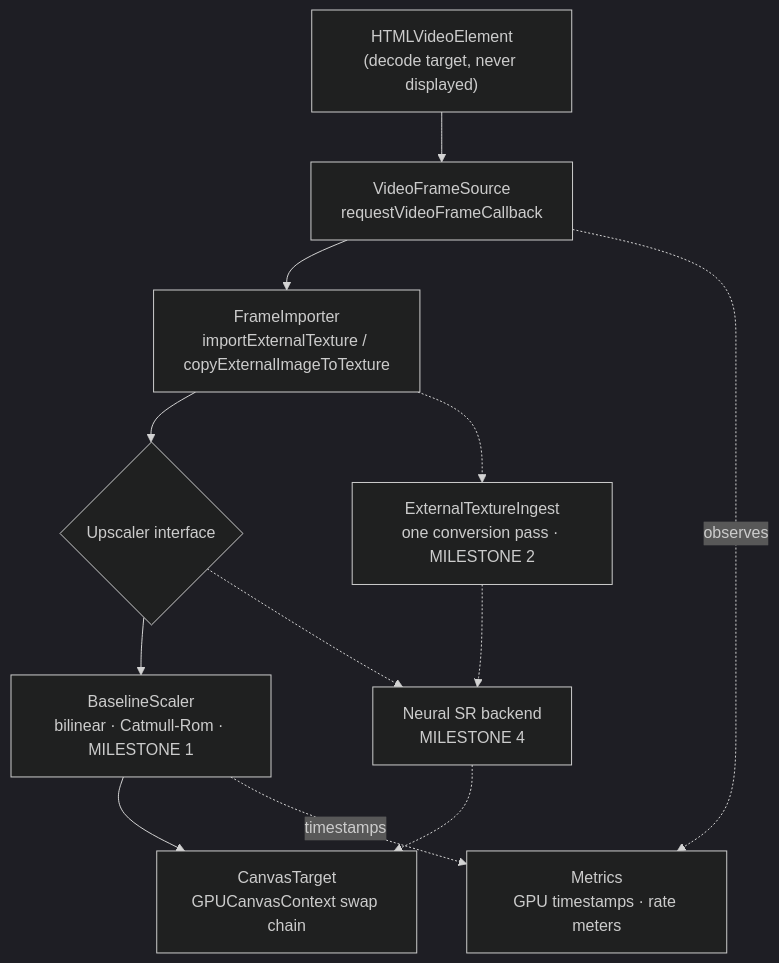
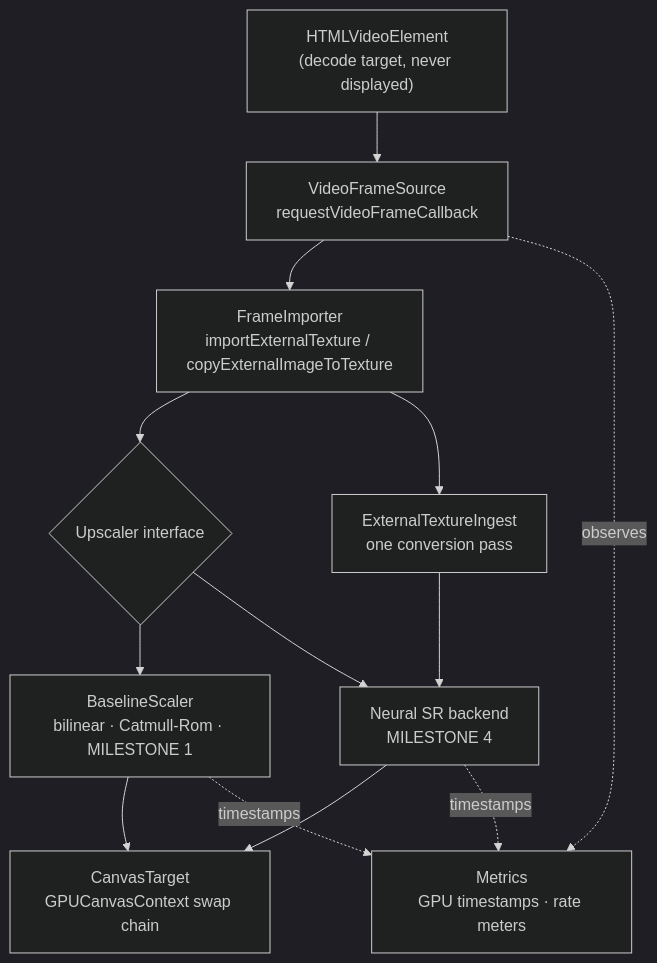
The diagram in ARCHITECTURE.md (yassinsolim/AetherVSR), drawn with Mermaid (dark theme) before and after one commit. The commit also changed other lines of this file and 6 other files, not shown here.

````diff
--- a/ARCHITECTURE.md
+++ b/ARCHITECTURE.md
@@ -31,23 +32,24 @@
 ```mermaid
 flowchart TD
     V["HTMLVideoElement<br/>(decode target, never displayed)"]
     S["VideoFrameSource<br/>requestVideoFrameCallback"]
     I["FrameImporter<br/>importExternalTexture / copyExternalImageToTexture"]
     U{"Upscaler interface"}
     B["BaselineScaler<br/>bilinear · Catmull-Rom · MILESTONE 1"]
     N["Neural SR backend<br/>MILESTONE 4"]
     C["CanvasTarget<br/>GPUCanvasContext swap chain"]
     M["Metrics<br/>GPU timestamps · rate meters"]
 
-    G["ExternalTextureIngest<br/>one conversion pass · MILESTONE 2"]
+    G["ExternalTextureIngest<br/>one conversion pass"]
 
     V --> S --> I --> U
     U --> B
-    I -.-> G
-    G -.-> N
-    U -.-> N
+    I --> G
+    G --> N
+    U --> N
     B --> C
-    N -.-> C
+    N --> C
     S -.observes.-> M
     B -.timestamps.-> M
+    N -.timestamps.-> M
 ```
````
